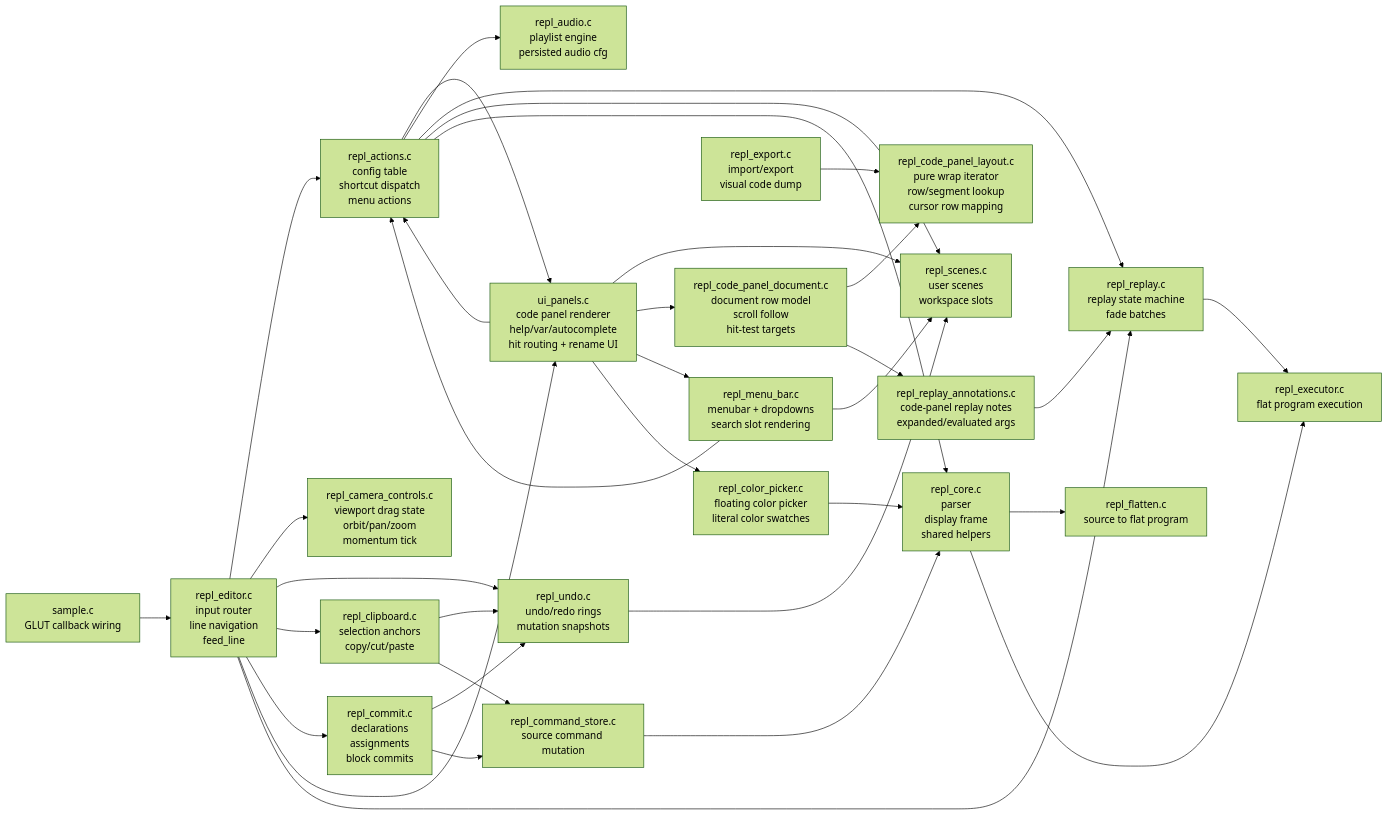
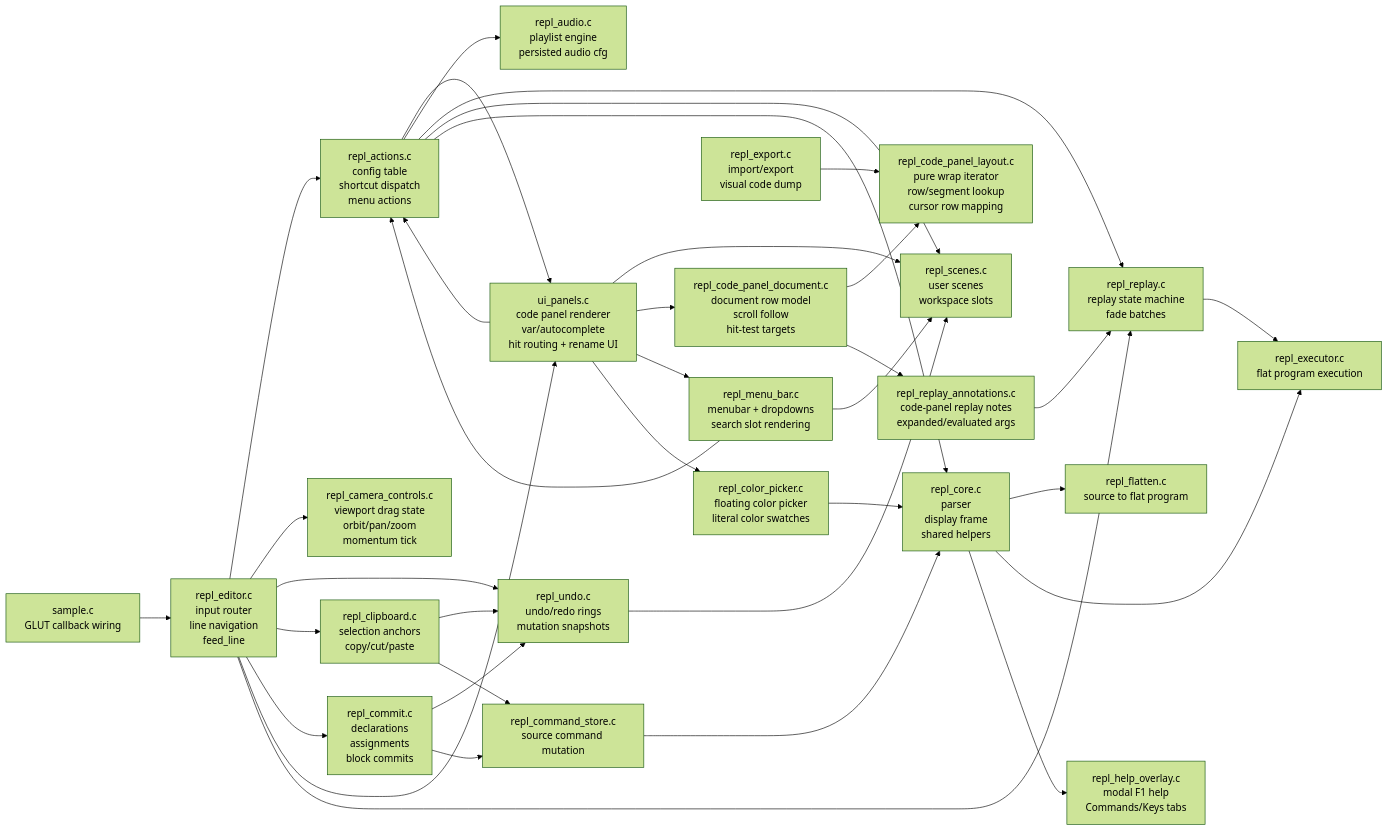
Before and after one commit to drewwoods/gl-repl: the diagram in REPL_REFACTOR_MAP.md, drawn with Mermaid (forest theme). The commit also changed 9 other files, not shown here.

First line of the commit message:
refactor: extract help overlay

````diff
--- a/REPL_REFACTOR_MAP.md
+++ b/REPL_REFACTOR_MAP.md
@@ -7,64 +7,66 @@
 ```mermaid
 flowchart LR
     sample["sample.c<br/>GLUT callback wiring"]
     editor["repl_editor.c<br/>input router<br/>line navigation<br/>feed_line"]
 
     actions["repl_actions.c<br/>config table<br/>shortcut dispatch<br/>menu actions"]
     camera["repl_camera_controls.c<br/>viewport drag state<br/>orbit/pan/zoom<br/>momentum tick"]
     undo["repl_undo.c<br/>undo/redo rings<br/>mutation snapshots"]
     clipboard["repl_clipboard.c<br/>selection anchors<br/>copy/cut/paste"]
     commit["repl_commit.c<br/>declarations<br/>assignments<br/>block commits"]
     store["repl_command_store.c<br/>source command mutation"]
 
-    ui["ui_panels.c<br/>code panel renderer<br/>help/var/autocomplete<br/>hit routing + rename UI"]
+    ui["ui_panels.c<br/>code panel renderer<br/>var/autocomplete<br/>hit routing + rename UI"]
     layout["repl_code_panel_layout.c<br/>pure wrap iterator<br/>row/segment lookup<br/>cursor row mapping"]
     docrows["repl_code_panel_document.c<br/>document row model<br/>scroll follow<br/>hit-test targets"]
     menu["repl_menu_bar.c<br/>menubar + dropdowns<br/>search slot rendering"]
     color["repl_color_picker.c<br/>floating color picker<br/>literal color swatches"]
+    help["repl_help_overlay.c<br/>modal F1 help<br/>Commands/Keys tabs"]
     replay_ann["repl_replay_annotations.c<br/>code-panel replay notes<br/>expanded/evaluated args"]
     export["repl_export.c<br/>import/export<br/>visual code dump"]
     audio["repl_audio.c<br/>playlist engine<br/>persisted audio cfg"]
     replay["repl_replay.c<br/>replay state machine<br/>fade batches"]
     scenes["repl_scenes.c<br/>user scenes<br/>workspace slots"]
     core["repl_core.c<br/>parser<br/>display frame<br/>shared helpers"]
     flatten["repl_flatten.c<br/>source to flat program"]
     exec["repl_executor.c<br/>flat program execution"]
 
     sample --> editor
     editor --> actions
     editor --> camera
     editor --> undo
     editor --> clipboard
     editor --> commit
     editor --> ui
     editor --> replay
 
     actions --> ui
     actions --> audio
     actions --> replay
     actions --> scenes
     actions --> core
 
     clipboard --> undo
     clipboard --> store
     commit --> undo
     commit --> store
     undo --> scenes
     store --> core
 
     core --> flatten
     core --> exec
+    core --> help
     replay --> exec
     ui --> actions
     ui --> scenes
     ui --> docrows
     ui --> menu
     ui --> color
     docrows --> layout
     docrows --> replay_ann
     replay_ann --> replay
     menu --> actions
     menu --> scenes
     color --> core
     export --> layout
 ```
````
